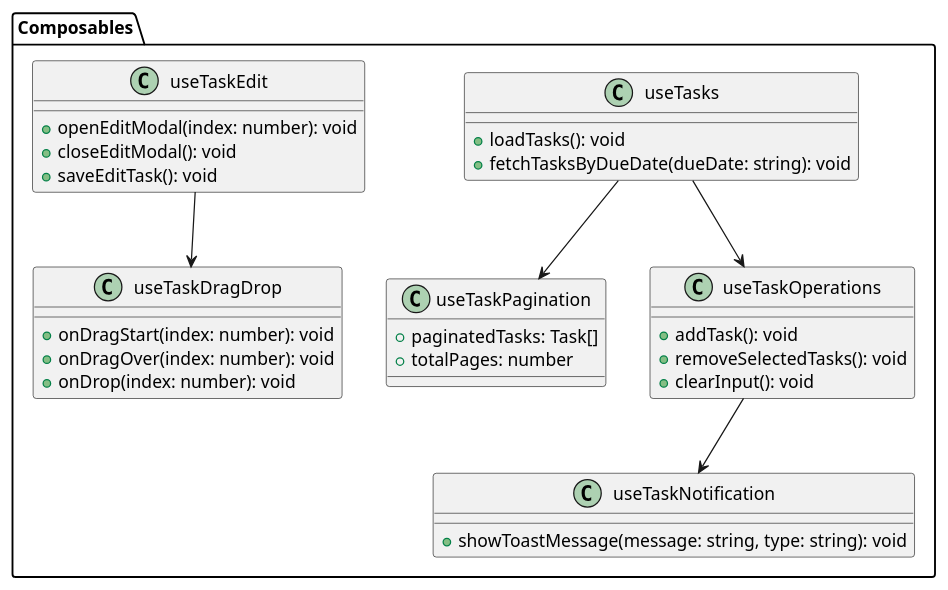
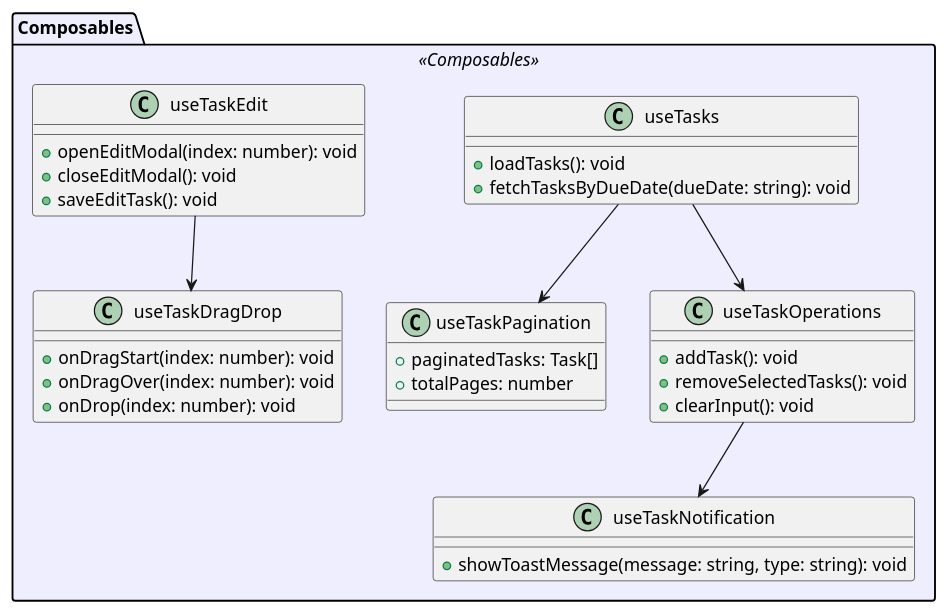
Before and after one commit to Takayuki-Suda/nuxt-todo-app-document: the third of 4 diagrams in docs/puml/TaskClassDiagram.puml, drawn with PlantUML. The commit also changed other lines of this file and 4 other files, not shown here.

First line of the commit message:
feat: クラス図に色を追加し、視覚的に見やすくしました

```diff
--- a/docs/puml/TaskClassDiagram.puml
+++ b/docs/puml/TaskClassDiagram.puml
@@ -43,40 +54,44 @@
 @startuml
-package "Composables" {
+skinparam package {
+  BackgroundColor<<Composables>> #EEEEFF
+}
+
+package "Composables" <<Composables>> {
   class useTasks {
     + loadTasks(): void
     + fetchTasksByDueDate(dueDate: string): void
   }
 
   class useTaskPagination {
     + paginatedTasks: Task[]
     + totalPages: number
   }
 
   class useTaskOperations {
     + addTask(): void
     + removeSelectedTasks(): void
     + clearInput(): void
   }
 
   class useTaskNotification {
     + showToastMessage(message: string, type: string): void
   }
 
   class useTaskEdit {
     + openEditModal(index: number): void
     + closeEditModal(): void
     + saveEditTask(): void
   }
 
   class useTaskDragDrop {
     + onDragStart(index: number): void
     + onDragOver(index: number): void
     + onDrop(index: number): void
   }
 
   useTasks --> useTaskPagination
   useTasks --> useTaskOperations
   useTaskOperations --> useTaskNotification
   useTaskEdit --> useTaskDragDrop
 }
 @enduml
```
